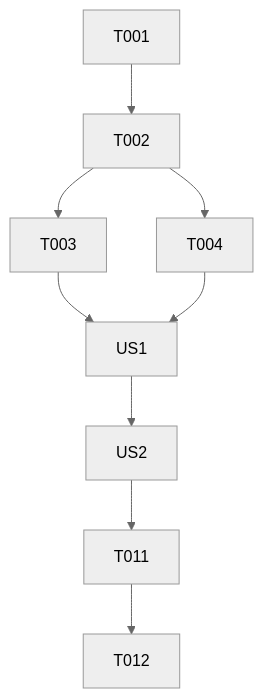
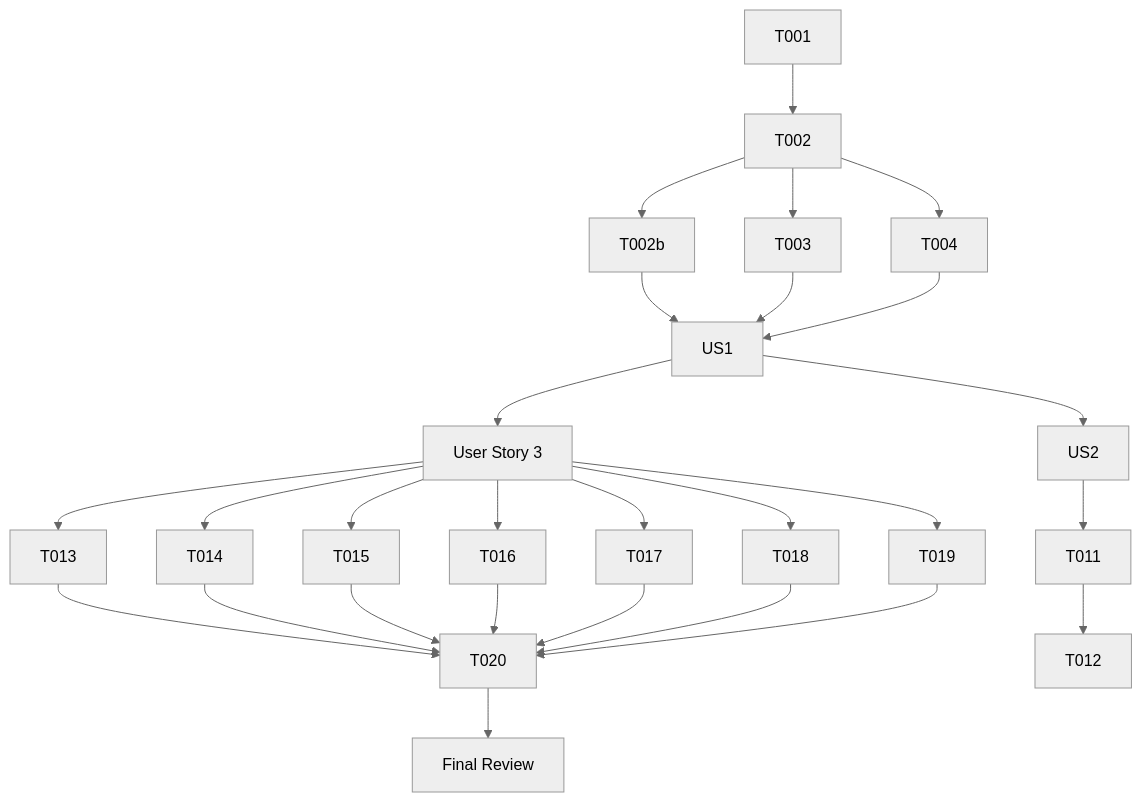
The diagram in specs/001-teams-file-upload/tasks.md (Archie-Lai-Fareastone/genie-bot), drawn with Mermaid (neutral theme) before and after one commit. The commit also changed other lines of this file and 13 other files, not shown here.

````diff
--- a/specs/001-teams-file-upload/tasks.md
+++ b/specs/001-teams-file-upload/tasks.md
@@ -71,11 +93,29 @@
 ```mermaid
 graph TD
     T001 --> T002
+    T002 --> T002b
     T002 --> T003
     T002 --> T004
+    T002b --> US1
     T003 --> US1
     T004 --> US1
     US1 --> US2
+    US1 --> US3
     US2 --> T011
+    US3[User Story 3] --> T013
+    US3 --> T014
+    US3 --> T015
+    US3 --> T016
+    US3 --> T017
+    US3 --> T018
+    US3 --> T019
+    T013 --> T020
+    T014 --> T020
+    T015 --> T020
+    T016 --> T020
+    T017 --> T020
+    T018 --> T020
+    T019 --> T020
     T011 --> T012
+    T020 --> FinalReview[Final Review]
 ```
````
